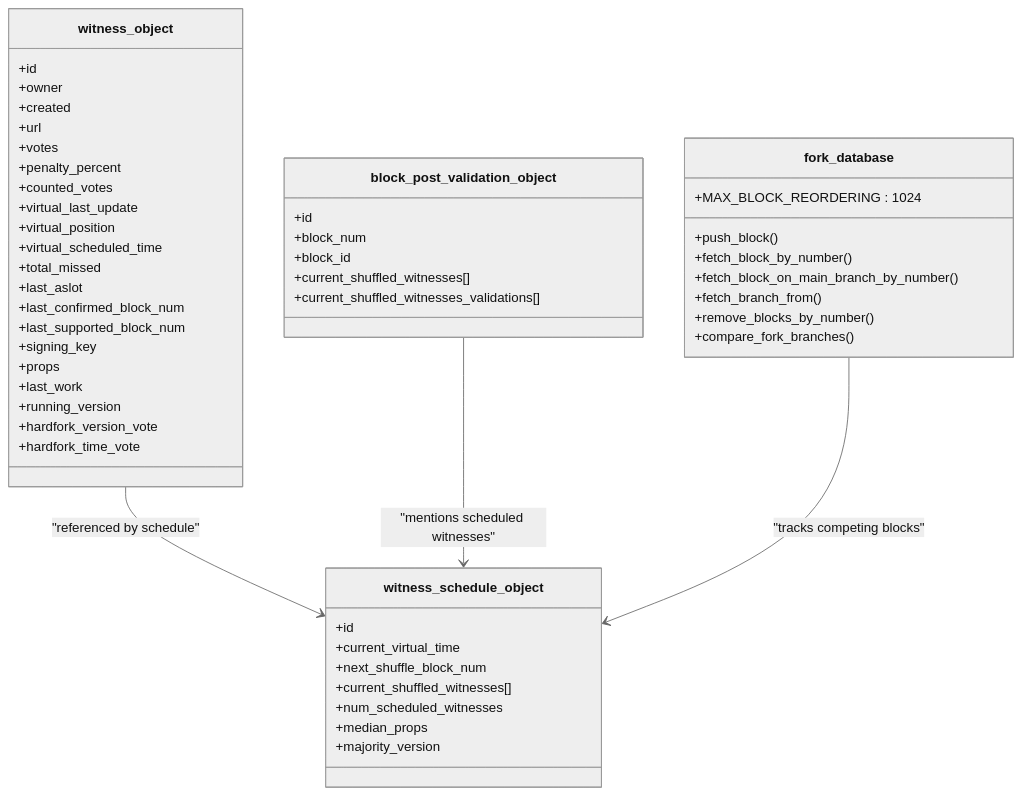
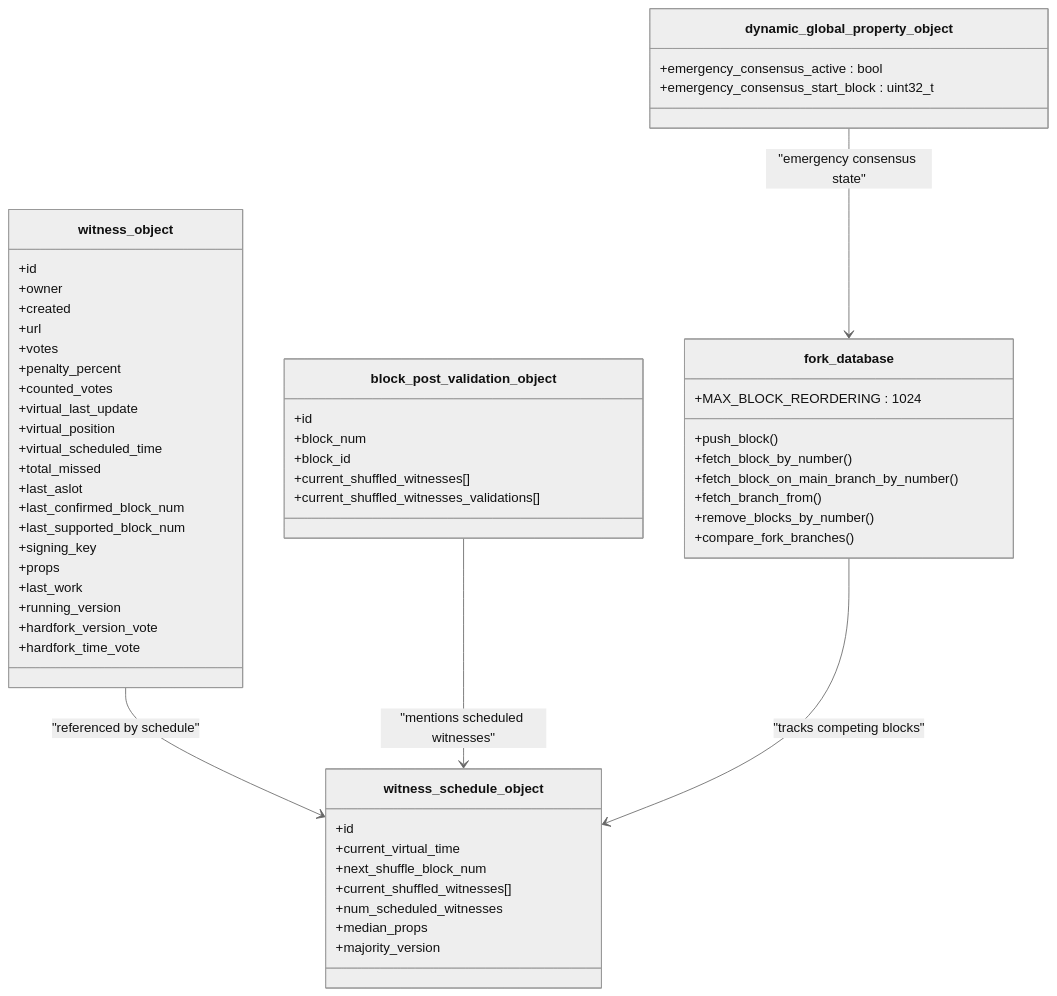
Before and after one commit to VIZ-Blockchain/viz-cpp-node: the seventh of 8 diagrams in .qoder/repowiki/en/content/Witness.md, drawn with Mermaid (neutral theme). The commit also changed other lines of this file and 4 other files, not shown here.

````diff
--- a/.qoder/repowiki/en/content/Witness.md
+++ b/.qoder/repowiki/en/content/Witness.md
@@ -716,53 +858,58 @@
 ```mermaid
 classDiagram
 class witness_object {
 +id
 +owner
 +created
 +url
 +votes
 +penalty_percent
 +counted_votes
 +virtual_last_update
 +virtual_position
 +virtual_scheduled_time
 +total_missed
 +last_aslot
 +last_confirmed_block_num
 +last_supported_block_num
 +signing_key
 +props
 +last_work
 +running_version
 +hardfork_version_vote
 +hardfork_time_vote
 }
 class witness_schedule_object {
 +id
 +current_virtual_time
 +next_shuffle_block_num
 +current_shuffled_witnesses[]
 +num_scheduled_witnesses
 +median_props
 +majority_version
 }
 class block_post_validation_object {
 +id
 +block_num
 +block_id
 +current_shuffled_witnesses[]
 +current_shuffled_witnesses_validations[]
 }
 class fork_database {
 +MAX_BLOCK_REORDERING : 1024
 +push_block()
 +fetch_block_by_number()
 +fetch_block_on_main_branch_by_number()
 +fetch_branch_from()
 +remove_blocks_by_number()
 +compare_fork_branches()
 }
+class dynamic_global_property_object {
++emergency_consensus_active : bool
++emergency_consensus_start_block : uint32_t
+}
 witness_object --> witness_schedule_object : "referenced by schedule"
 block_post_validation_object --> witness_schedule_object : "mentions scheduled witnesses"
 fork_database --> witness_schedule_object : "tracks competing blocks"
+dynamic_global_property_object --> fork_database : "emergency consensus state"
 ```
````
